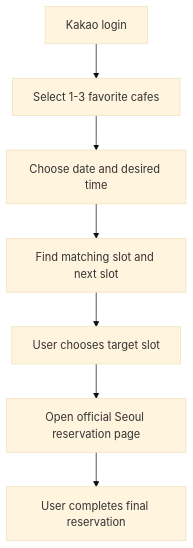
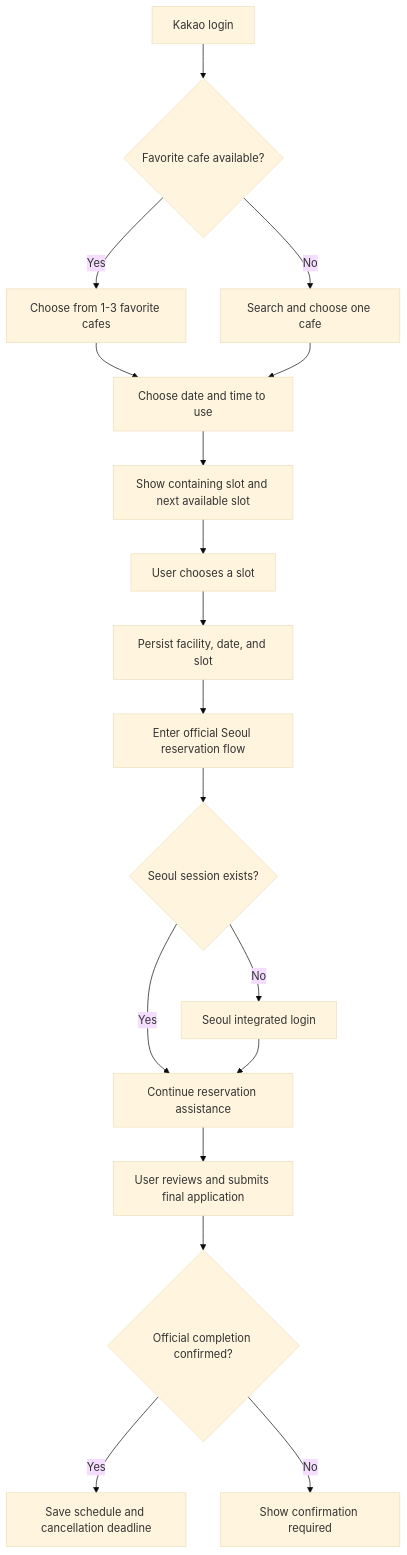
One commit to bck8888/kids_caffe_resume changed the first of 2 diagrams in PROJECT_HANDOFF.md. Above: the diagram before and after it, drawn with Mermaid (base theme). The commit also changed other lines of this file and 48 other files, not shown here.

````diff
--- a/PROJECT_HANDOFF.md
+++ b/PROJECT_HANDOFF.md
@@ -31,9 +39,20 @@
 ```mermaid
 flowchart TD
-    A["Kakao login"] --> B["Select 1-3 favorite cafes"]
-    B --> C["Choose date and desired time"]
-    C --> D["Find matching slot and next slot"]
-    D --> E["User chooses target slot"]
-    E --> F["Open official Seoul reservation page"]
-    F --> G["User completes final reservation"]
+    A["Kakao login"] --> B{"Favorite cafe available?"}
+    B -->|Yes| C["Choose from 1-3 favorite cafes"]
+    B -->|No| D["Search and choose one cafe"]
+    C --> E["Choose date and time to use"]
+    D --> E
+    E --> F["Show containing slot and next available slot"]
+    F --> G["User chooses a slot"]
+    G --> H["Persist facility, date, and slot"]
+    H --> I["Enter official Seoul reservation flow"]
+    I --> J{"Seoul session exists?"}
+    J -->|No| K["Seoul integrated login"]
+    J -->|Yes| L["Continue reservation assistance"]
+    K --> L
+    L --> M["User reviews and submits final application"]
+    M --> N{"Official completion confirmed?"}
+    N -->|Yes| O["Save schedule and cancellation deadline"]
+    N -->|No| P["Show confirmation required"]
 ```
````
